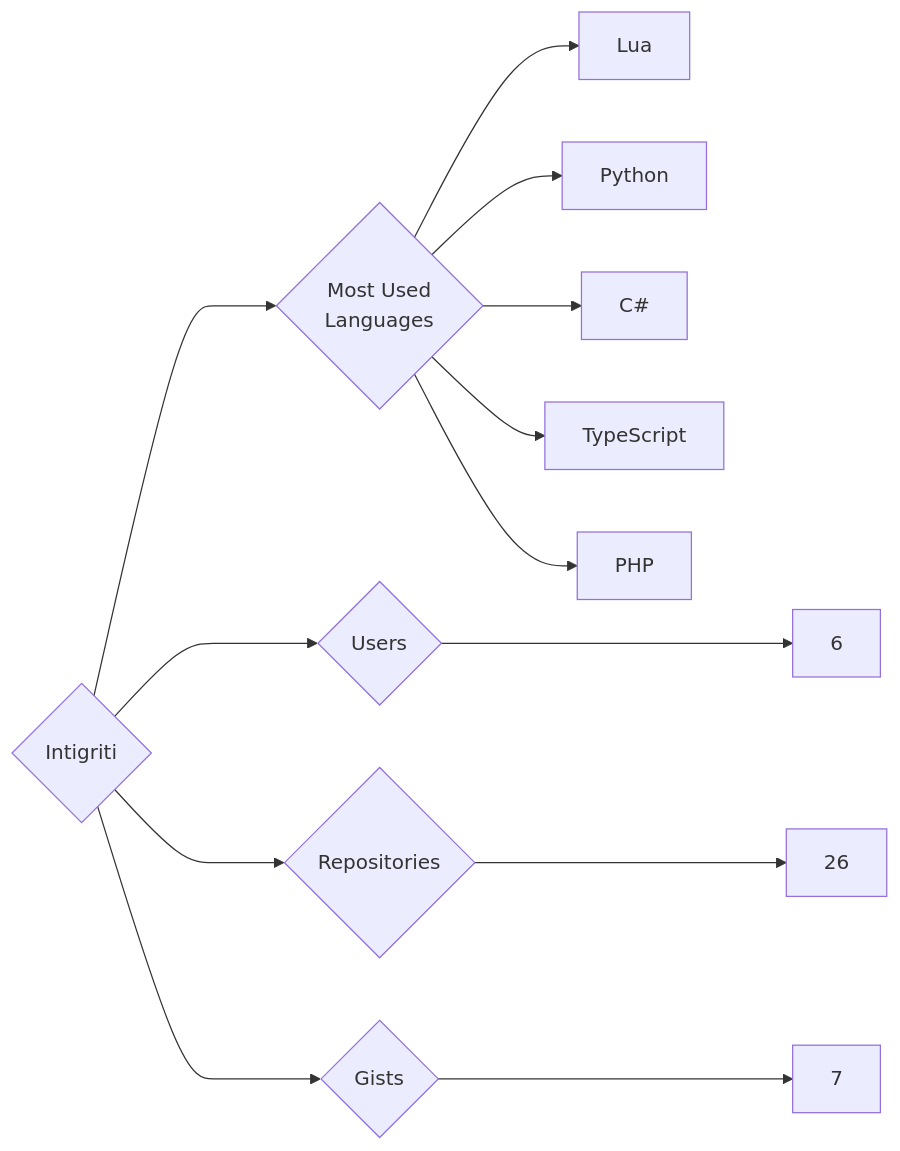
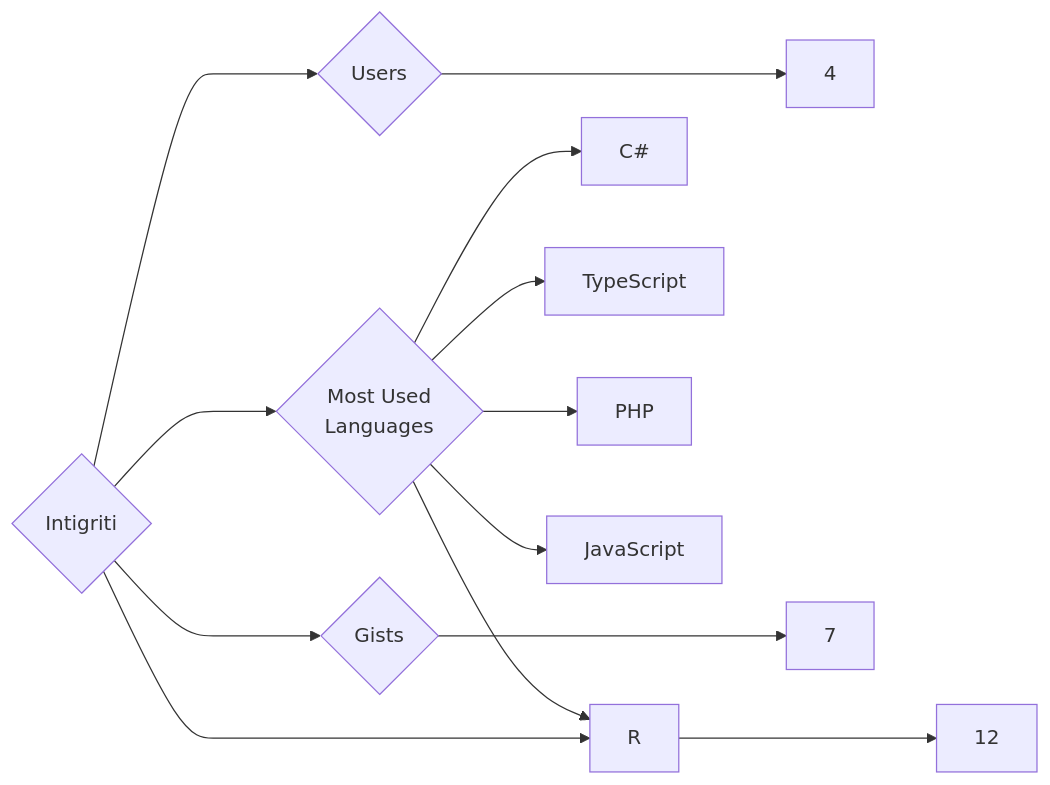
Before and after one commit to trickest/insiders: the diagram in targets/Intigriti/README.md, drawn with Mermaid. The commit also changed 1007 other files, not shown here.

````diff
--- a/targets/Intigriti/README.md
+++ b/targets/Intigriti/README.md
@@ -3,13 +3,13 @@
 ```mermaid
 graph LR
 COMPANY_NAME{Intigriti}
-COMPANY_NAME ---> U{Users} ---> UN[6]
-COMPANY_NAME ---> R{Repositories} ---> RN[26]
+COMPANY_NAME ---> U{Users} ---> UN[4]
+COMPANY_NAME ---> R{Repositories} ---> RN[12]
 COMPANY_NAME ---> G{Gists} ---> GN[7]
 COMPANY_NAME ---> ML{Most Used<br>Languages}
-ML --> Lua[Lua]
-ML --> Python[Python]
 ML --> C#[C#]
 ML --> TypeScript[TypeScript]
 ML --> PHP[PHP]
+ML --> R[R]
+ML --> JavaScript[JavaScript]
 ```
````
